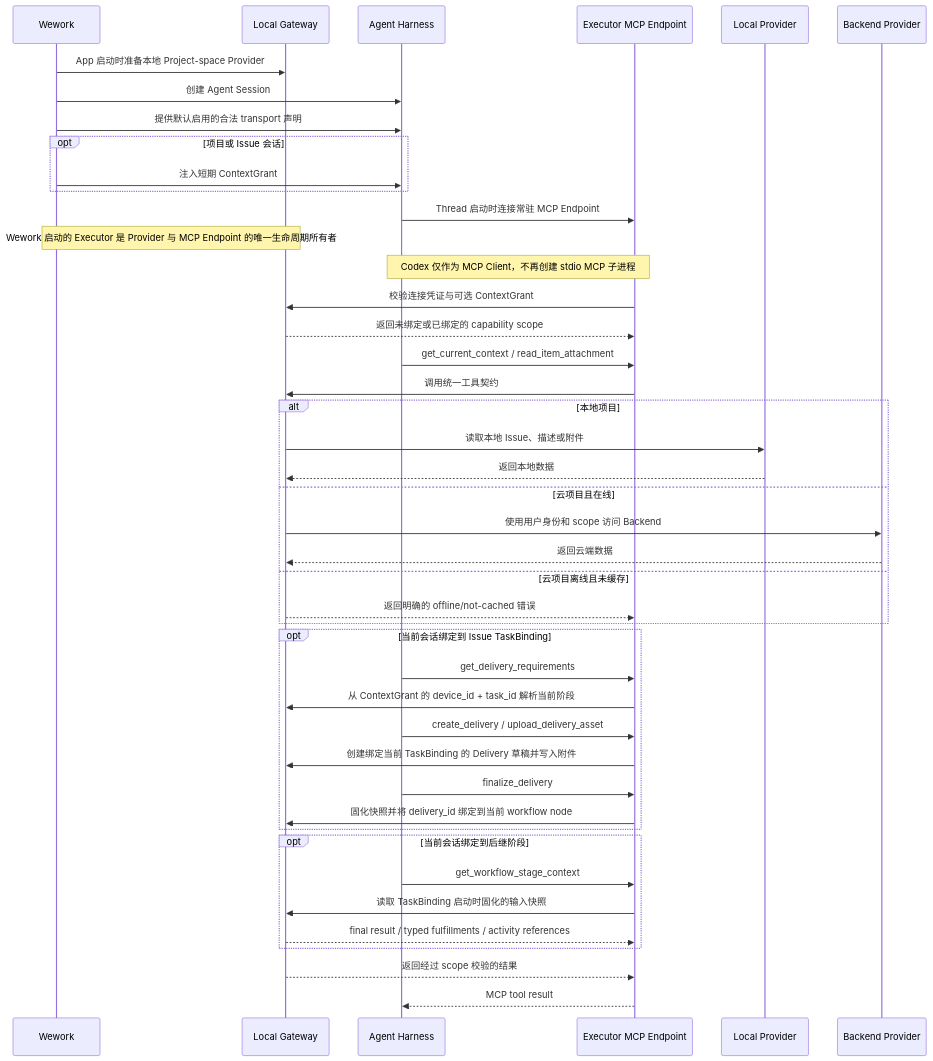
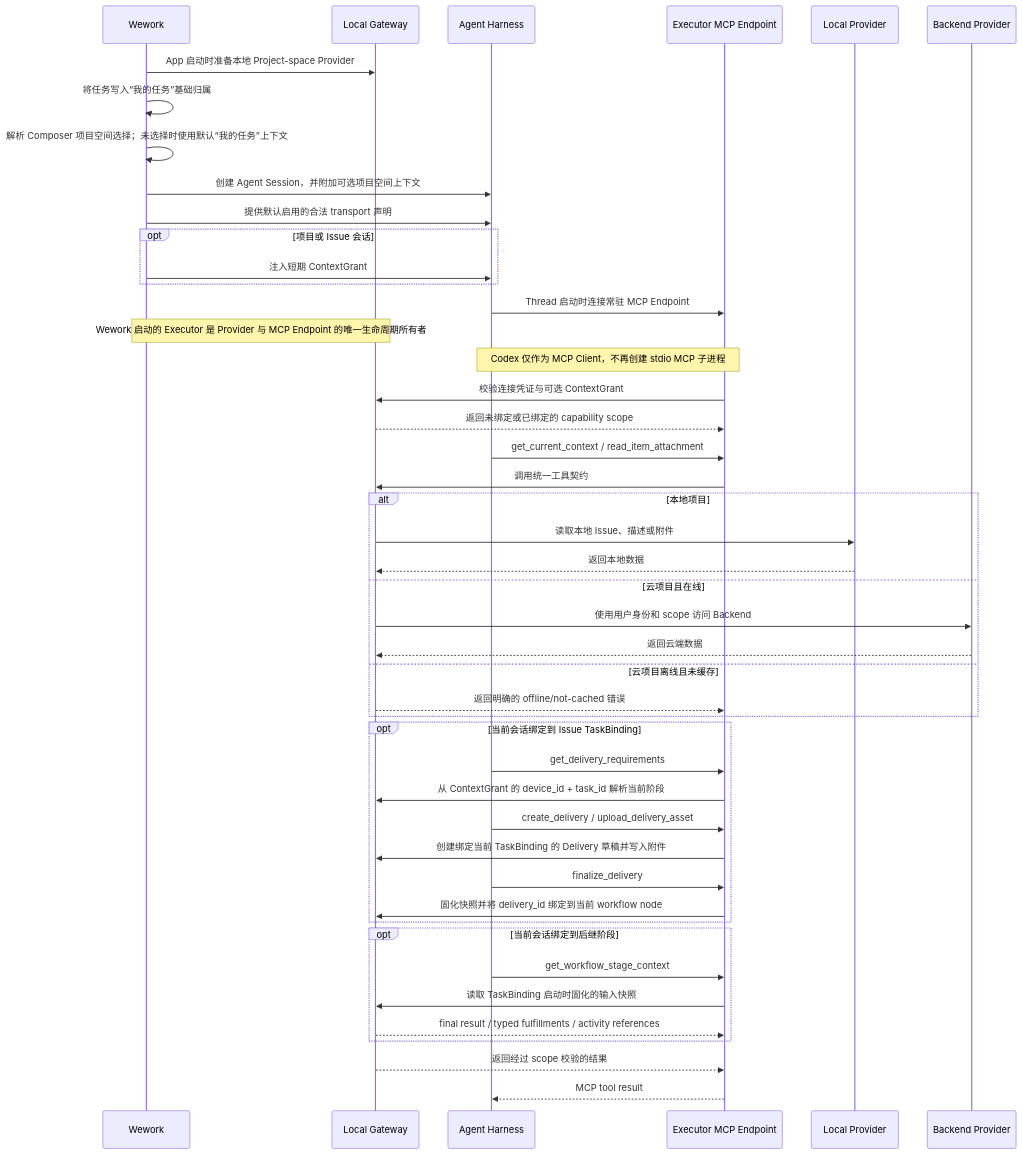
Before and after one commit to wecode-ai/Wegent: the second of 2 diagrams in docs/zh/architecture/project-space-agent-capability.md, drawn with Mermaid. The commit also changed other lines of this file and 13 other files, not shown here.

````diff
--- a/docs/zh/architecture/project-space-agent-capability.md
+++ b/docs/zh/architecture/project-space-agent-capability.md
@@ -29,47 +35,49 @@
 ```mermaid
 sequenceDiagram
     participant W as Wework
     participant G as Local Gateway
     participant H as Agent Harness
     participant P as Executor MCP Endpoint
     participant L as Local Provider
     participant B as Backend Provider
 
     W->>G: App 启动时准备本地 Project-space Provider
-    W->>H: 创建 Agent Session
+    W->>W: 将任务写入“我的任务”基础归属
+    W->>W: 解析 Composer 项目空间选择；未选择时使用默认“我的任务”上下文
+    W->>H: 创建 Agent Session，并附加可选项目空间上下文
     W->>H: 提供默认启用的合法 transport 声明
     opt 项目或 Issue 会话
         W->>H: 注入短期 ContextGrant
     end
     H->>P: Thread 启动时连接常驻 MCP Endpoint
     Note over W,G: Wework 启动的 Executor 是 Provider 与 MCP Endpoint 的唯一生命周期所有者
     Note over H,P: Codex 仅作为 MCP Client，不再创建 stdio MCP 子进程
     P->>G: 校验连接凭证与可选 ContextGrant
     G-->>P: 返回未绑定或已绑定的 capability scope
     H->>P: get_current_context / read_item_attachment
     P->>G: 调用统一工具契约
     alt 本地项目
         G->>L: 读取本地 Issue、描述或附件
         L-->>G: 返回本地数据
     else 云项目且在线
         G->>B: 使用用户身份和 scope 访问 Backend
         B-->>G: 返回云端数据
     else 云项目离线且未缓存
         G-->>P: 返回明确的 offline/not-cached 错误
     end
     opt 当前会话绑定到 Issue TaskBinding
         H->>P: get_delivery_requirements
         P->>G: 从 ContextGrant 的 device_id + task_id 解析当前阶段
         H->>P: create_delivery / upload_delivery_asset
         P->>G: 创建绑定当前 TaskBinding 的 Delivery 草稿并写入附件
         H->>P: finalize_delivery
         P->>G: 固化快照并将 delivery_id 绑定到当前 workflow node
     end
     opt 当前会话绑定到后继阶段
         H->>P: get_workflow_stage_context
         P->>G: 读取 TaskBinding 启动时固化的输入快照
         G-->>P: final result / typed fulfillments / activity references
     end
     G-->>P: 返回经过 scope 校验的结果
     P-->>H: MCP tool result
 ```
````
